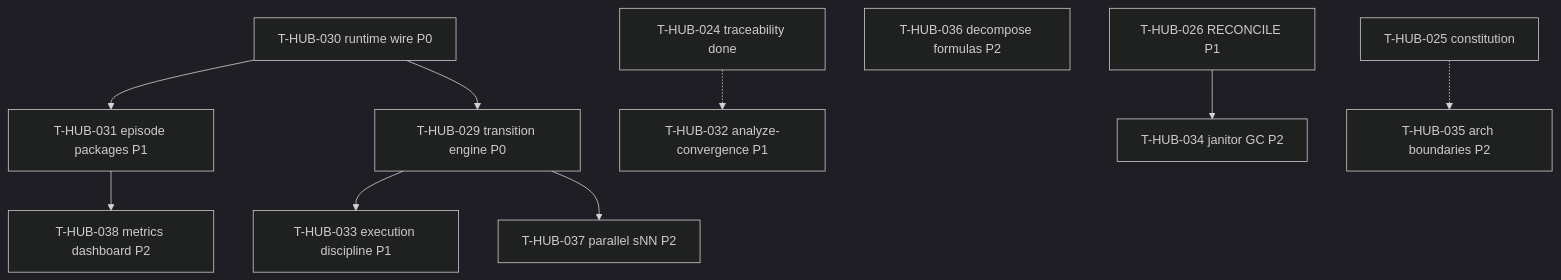
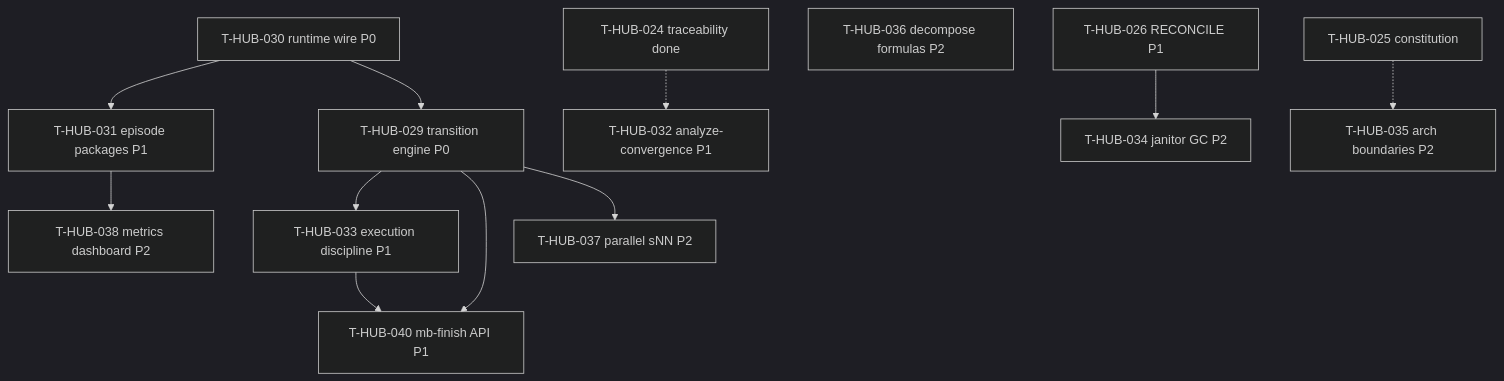
Before and after one commit to aeroalgo/dev-hub: the diagram in memory-bank/back/plan/roadmap-harness-maturity-borrowings-epics.md, drawn with Mermaid (dark theme). The commit also changed other lines of this file and 346 other files, not shown here.

````diff
--- a/memory-bank/back/plan/roadmap-harness-maturity-borrowings-epics.md
+++ b/memory-bank/back/plan/roadmap-harness-maturity-borrowings-epics.md
@@ -36,22 +37,25 @@
 ```mermaid
 flowchart TB
   H030[T-HUB-030 runtime wire P0]
   H029[T-HUB-029 transition engine P0]
   H026[T-HUB-026 RECONCILE P1]
   H031[T-HUB-031 episode packages P1]
   H032[T-HUB-032 analyze-convergence P1]
   H033[T-HUB-033 execution discipline P1]
+  H040[T-HUB-040 mb-finish API P1]
   H034[T-HUB-034 janitor GC P2]
   H035[T-HUB-035 arch boundaries P2]
   H036[T-HUB-036 decompose formulas P2]
   H037[T-HUB-037 parallel sNN P2]
   H038[T-HUB-038 metrics dashboard P2]
   H030 --> H031
   H030 --> H029
   H029 --> H033
+  H029 --> H040
+  H033 --> H040
   H029 --> H037
   H026 --> H034
   H031 --> H038
   H024[T-HUB-024 traceability done] -.-> H032
   H025[T-HUB-025 constitution] -.-> H035
 ```
````
